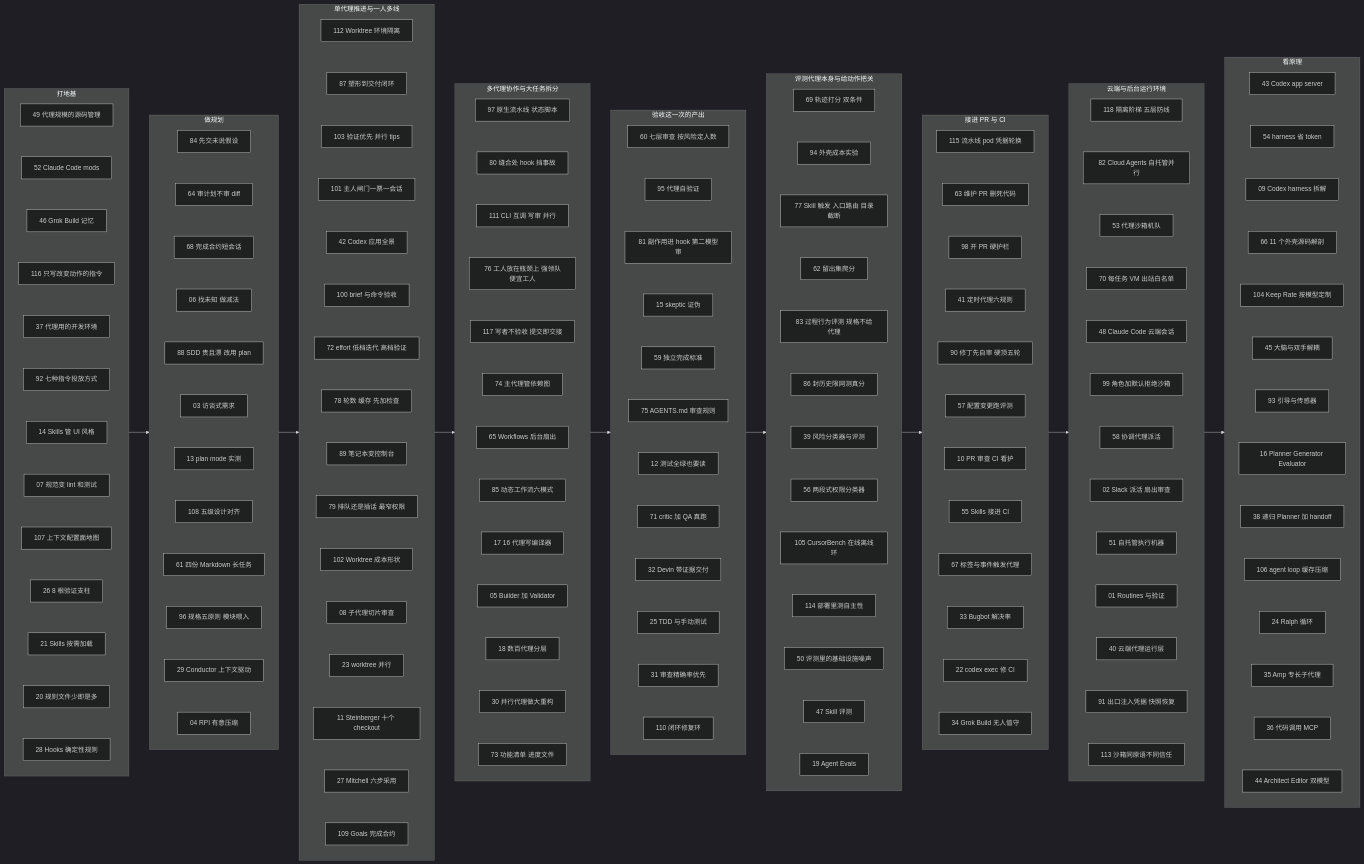
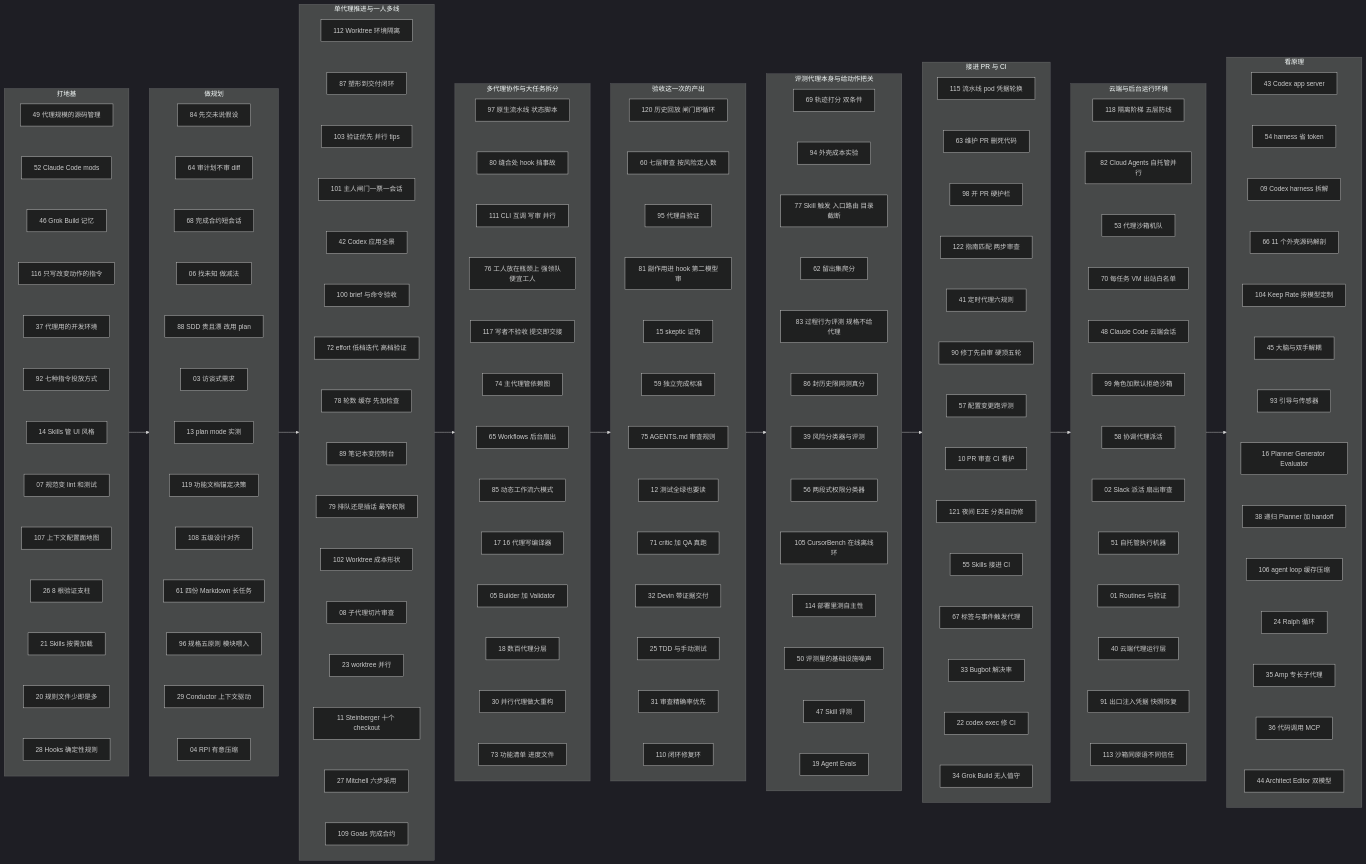
Before and after one commit to yzw7489757/ai-coding-videos: the diagram in docs/index.md, drawn with Mermaid (dark theme). The commit also changed other lines of this file and 20 other files, not shown here.

```diff
--- a/docs/index.md
+++ b/docs/index.md
@@ -151,6 +151,7 @@
     A88["88 SDD 贵且漂 改用 plan"]
     A03["03 访谈式需求"]
     A13["13 plan mode 实测"]
+    A119["119 功能文档锚定决策"]
     A108["108 五级设计对齐"]
     A61["61 四份 Markdown 长任务"]
     A96["96 规格五原则 模块喂入"]
@@ -162,7 +163,8 @@
     A06 ~~~ A88
     A88 ~~~ A03
     A03 ~~~ A13
-    A13 ~~~ A108
+    A13 ~~~ A119
+    A119 ~~~ A108
     A108 ~~~ A61
     A61 ~~~ A96
     A96 ~~~ A29
@@ -232,6 +234,7 @@
   end
   subgraph S5["验收这一次的产出"]
     direction TB
+    A120["120 历史回放 闸门即循环"]
     A60["60 七层审查 按风险定人数"]
     A95["95 代理自验证"]
     A81["81 副作用进 hook 第二模型审"]
@@ -244,6 +247,7 @@
     A25["25 TDD 与手动测试"]
     A31["31 审查精确率优先"]
     A110["110 闭环修复环"]
+    A120 ~~~ A60
     A60 ~~~ A95
     A95 ~~~ A81
     A81 ~~~ A15
@@ -289,10 +293,12 @@
     A115["115 流水线 pod 凭据轮换"]
     A63["63 维护 PR 删死代码"]
     A98["98 开 PR 硬护栏"]
+    A122["122 指南匹配 两步审查"]
     A41["41 定时代理六规则"]
     A90["90 修丁先自审 硬顶五轮"]
     A57["57 配置变更跑评测"]
     A10["10 PR 审查 CI 看护"]
+    A121["121 夜间 E2E 分类自动修"]
     A55["55 Skills 接进 CI"]
     A67["67 标签与事件触发代理"]
     A33["33 Bugbot 解决率"]
@@ -300,11 +306,13 @@
     A34["34 Grok Build 无人值守"]
     A115 ~~~ A63
     A63 ~~~ A98
-    A98 ~~~ A41
+    A98 ~~~ A122
+    A122 ~~~ A41
     A41 ~~~ A90
     A90 ~~~ A57
     A57 ~~~ A10
-    A10 ~~~ A55
+    A10 ~~~ A121
+    A121 ~~~ A55
     A55 ~~~ A67
     A67 ~~~ A33
     A33 ~~~ A22
```
